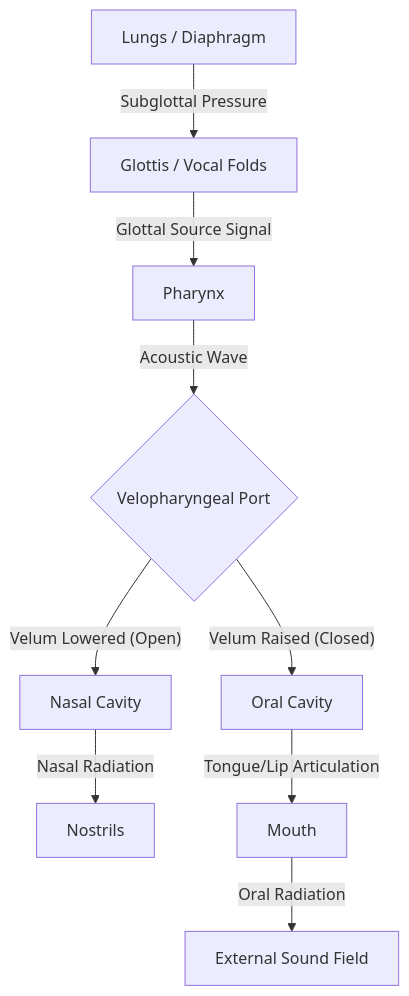
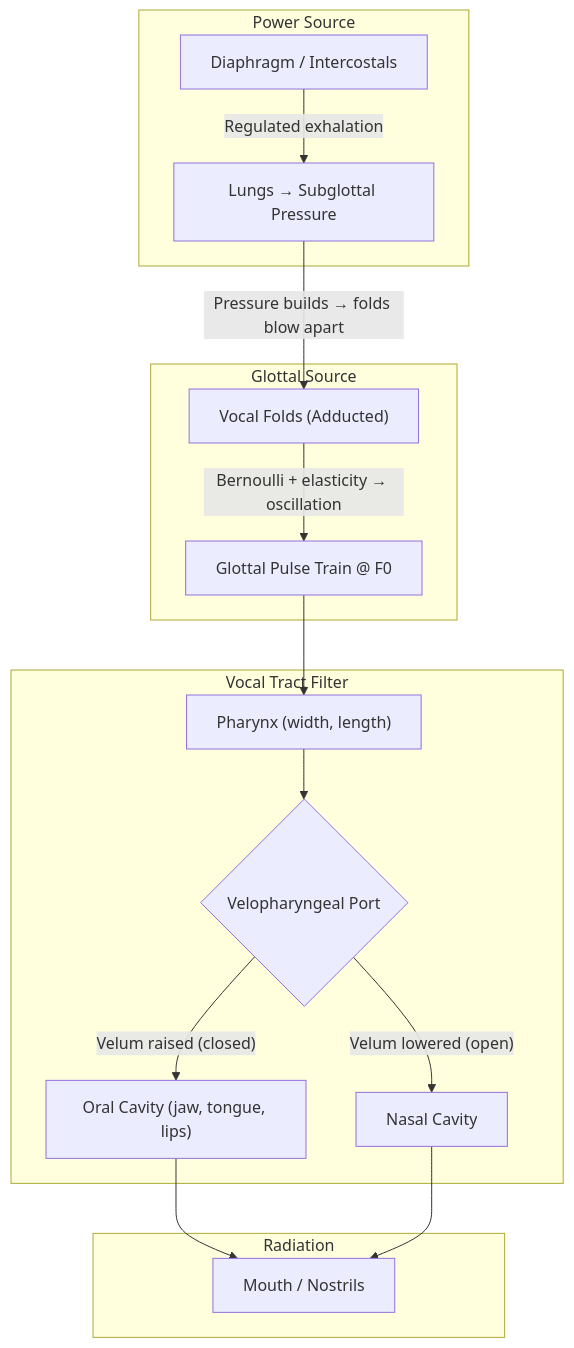
Before and after one commit to blebleblee/synapse: the first of 3 diagrams in topics/arts/music_performance/vocals/lesson_04_repertoire_and_style.md, drawn with Mermaid. The commit also changed other lines of this file and 4 other files, not shown here.

````diff
--- a/topics/arts/music_performance/vocals/lesson_04_repertoire_and_style.md
+++ b/topics/arts/music_performance/vocals/lesson_04_repertoire_and_style.md
@@ -17,11 +25,32 @@
 ```mermaid
 graph TD
-    L["Lungs / Diaphragm"] -->|"Subglottal Pressure"| G["Glottis / Vocal Folds"]
-    G -->|"Glottal Source Signal"| P["Pharynx"]
-    P -->|"Acoustic Wave"| V{"Velopharyngeal Port"}
-    V -->|"Velum Lowered (Open)"| N["Nasal Cavity"]
-    N -->|"Nasal Radiation"| NM["Nostrils"]
-    V -->|"Velum Raised (Closed)"| O["Oral Cavity"]
-    O -->|"Tongue/Lip Articulation"| M["Mouth"]
-    M -->|"Oral Radiation"| Out["External Sound Field"]
+    subgraph sub_power ["Power Source"]
+        A["Diaphragm / Intercostals"]
+        B["Lungs → Subglottal Pressure"]
+        A -->|"Regulated exhalation"| B
+    end
+
+    subgraph sub_source ["Glottal Source"]
+        C["Vocal Folds (Adducted)"]
+        D["Glottal Pulse Train @ F0"]
+        B -->|"Pressure builds → folds blow apart"| C
+        C -->|"Bernoulli + elasticity → oscillation"| D
+    end
+
+    subgraph sub_filter ["Vocal Tract Filter"]
+        E["Pharynx (width, length)"]
+        F{"Velopharyngeal Port"}
+        G["Oral Cavity (jaw, tongue, lips)"]
+        H["Nasal Cavity"]
+        D --> E
+        E --> F
+        F -->|"Velum raised (closed)"| G
+        F -->|"Velum lowered (open)"| H
+    end
+
+    subgraph sub_output ["Radiation"]
+        I["Mouth / Nostrils"]
+        G --> I
+        H --> I
+    end
 ```
````
